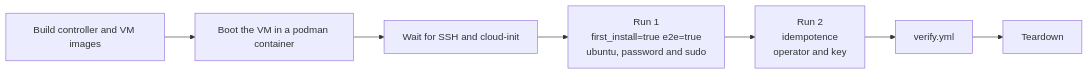
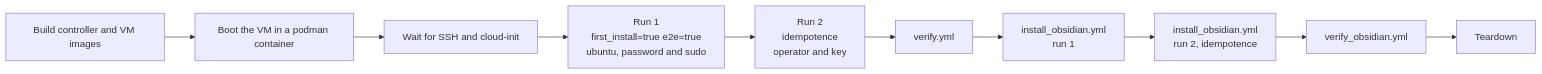
Before and after one commit to nayrosk/nayrosk-ansible: the diagram in docs/testing.md, drawn with Mermaid. The commit also changed other lines of this file and 29 other files, not shown here.

First line of the commit message:
feat: install a headless Obsidian behind Caddy (#33)

````diff
--- a/docs/testing.md
+++ b/docs/testing.md
@@ -35,9 +35,12 @@
 ```mermaid
 flowchart LR
     B[Build controller and VM images] --> V[Boot the VM in a podman container]
     V --> W[Wait for SSH and cloud-init]
     W --> R1["Run 1<br/>first_install=true e2e=true<br/>ubuntu, password and sudo"]
     R1 --> R2["Run 2<br/>idempotence<br/>operator and key"]
     R2 --> VF[verify.yml]
-    VF --> T[Teardown]
+    VF --> O1["install_obsidian.yml<br/>run 1"]
+    O1 --> O2["install_obsidian.yml<br/>run 2, idempotence"]
+    O2 --> VO[verify_obsidian.yml]
+    VO --> T[Teardown]
 ```
````
